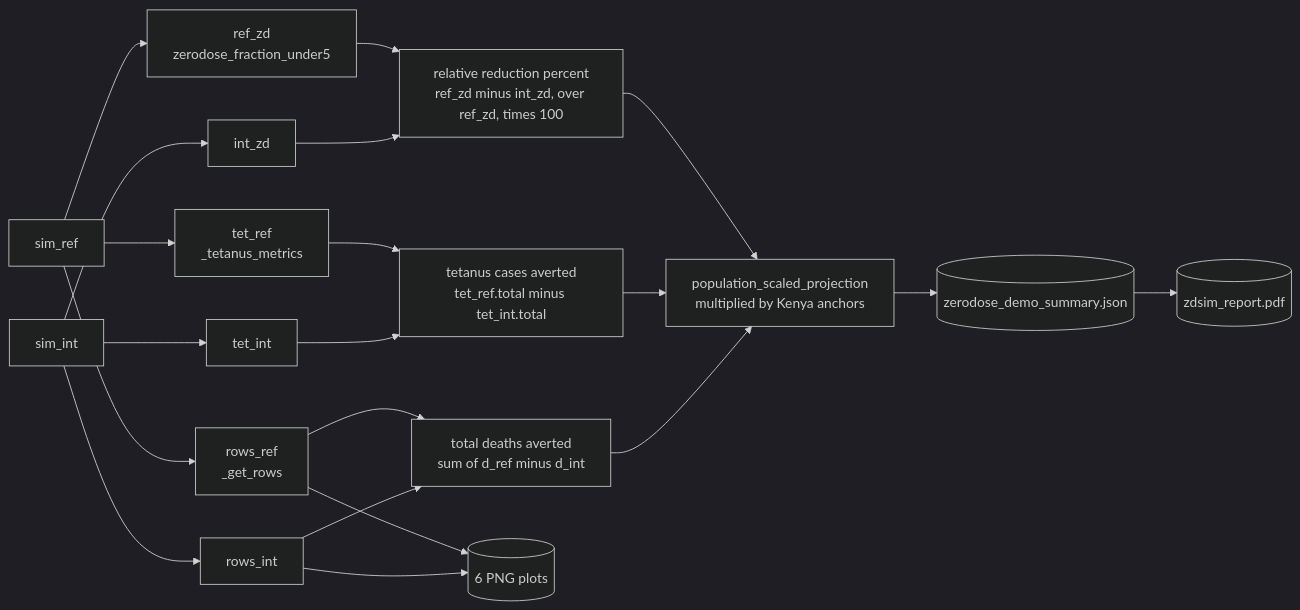
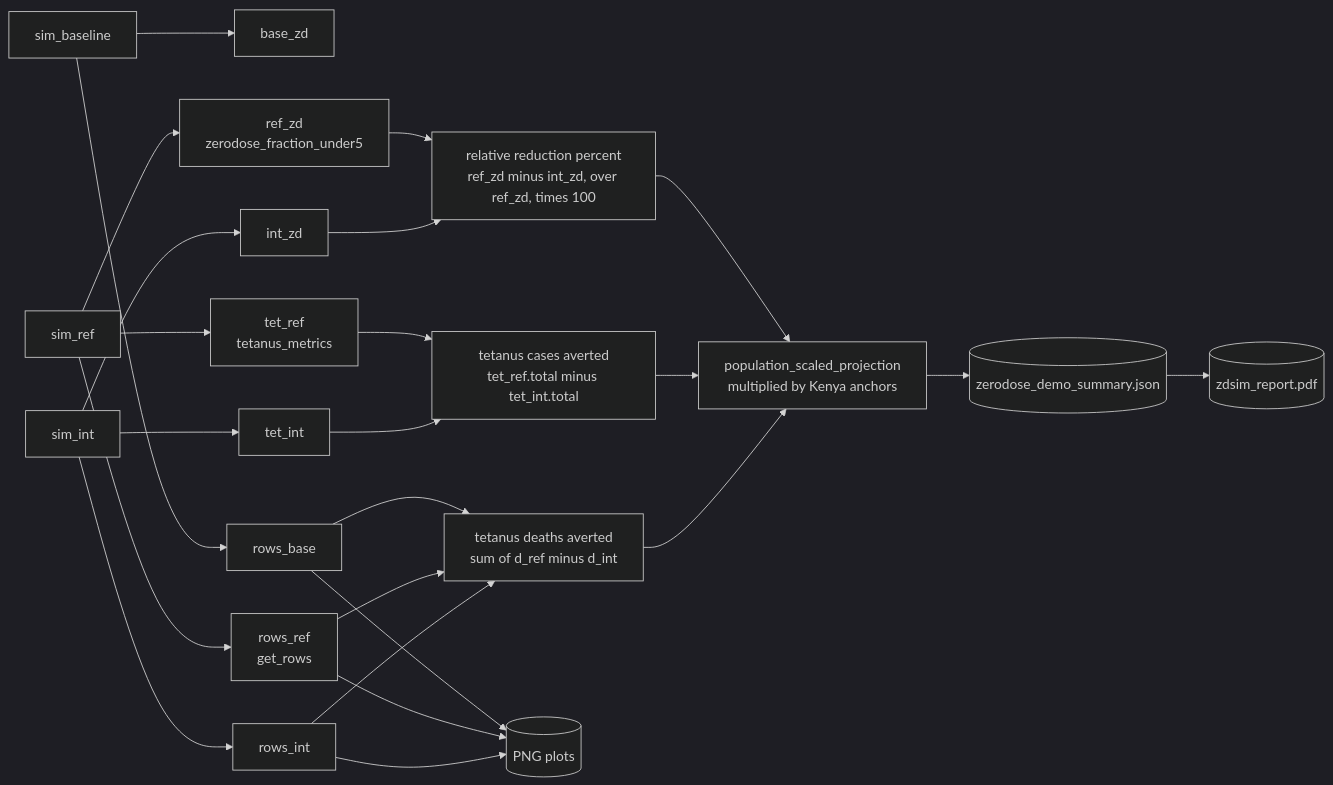
One commit to starsimhub/zdsim changed diagram 12 of 12 in docs/ARCHITECTURE.md. Above: the diagram before and after it, drawn with Mermaid (dark theme). The commit also changed other lines of this file, not shown here.

````diff
--- a/docs/ARCHITECTURE.md
+++ b/docs/ARCHITECTURE.md
@@ -444,19 +411,21 @@
 ```mermaid
 flowchart LR
+    SB["sim_baseline"] --> B1["base_zd"]
     SR["sim_ref"] --> R1["ref_zd<br/>zerodose_fraction_under5"]
     SI["sim_int"] --> I1["int_zd"]
-    SR --> R2["tet_ref<br/>_tetanus_metrics"]
+    SR --> R2["tet_ref<br/>tetanus_metrics"]
     SI --> I2["tet_int"]
-    SR --> R3["rows_ref<br/>_get_rows"]
+    SB --> B3["rows_base"]
+    SR --> R3["rows_ref<br/>get_rows"]
     SI --> I3["rows_int"]
 
     R1 & I1 --> REL["relative reduction percent<br/>ref_zd minus int_zd, over ref_zd, times 100"]
     R2 & I2 --> TAV["tetanus cases averted<br/>tet_ref.total minus tet_int.total"]
-    R3 & I3 --> DEATHS["total deaths averted<br/>sum of d_ref minus d_int"]
+    B3 & R3 & I3 --> DEATHS["tetanus deaths averted<br/>sum of d_ref minus d_int"]
 
     REL & TAV & DEATHS --> SCALED["population_scaled_projection<br/>multiplied by Kenya anchors"]
 
     SCALED --> J[("zerodose_demo_summary.json")]
     J --> PDF[("zdsim_report.pdf")]
-    R3 & I3 --> PNGS[("6 PNG plots")]
+    B3 & R3 & I3 --> PNGS[("PNG plots")]
 ```
````
